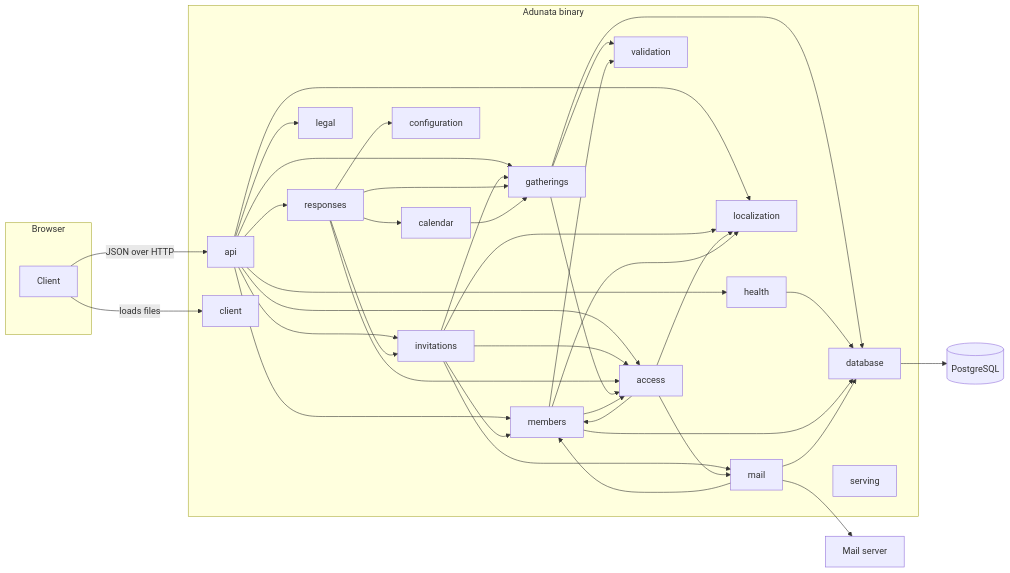
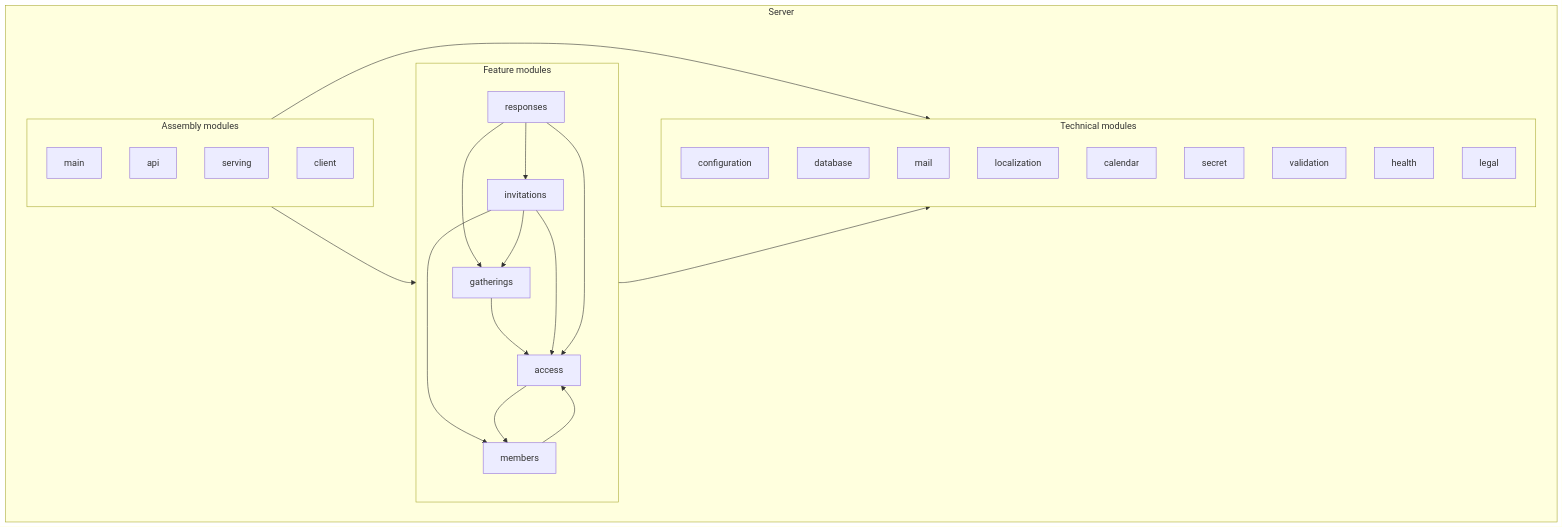
One commit to kammerchor-wernigerode/adunata changed the second of 3 diagrams in docs/arc42/05-building-block-view.md. Above: the diagram before and after it, drawn with Mermaid. The commit also changed other lines of this file and 8 other files, not shown here.

First line of the commit message:
Restructure architecture documentation

````diff
--- a/docs/arc42/05-building-block-view.md
+++ b/docs/arc42/05-building-block-view.md
@@ -7,60 +37,41 @@
 ```mermaid
-flowchart LR
-  subgraph browser[Browser]
-    client[Client]
+flowchart TB
+  subgraph serverBox[Server]
+    subgraph assembly[Assembly modules]
+      main[main]
+      api[api]
+      serving[serving]
+      clientModule[client]
+    end
+    subgraph features[Feature modules]
+      access[access]
+      members[members]
+      gatherings[gatherings]
+      invitations[invitations]
+      responses[responses]
+    end
+    subgraph technical[Technical modules]
+      configuration[configuration]
+      database[database]
+      mail[mail]
+      localization[localization]
+      calendar[calendar]
+      secret[secret]
+      validation[validation]
+      health[health]
+      legal[legal]
+    end
   end
-  subgraph binary[Adunata binary]
-    access[access]
-    api[api]
-    calendar[calendar]
-    clientModule[client]
-    configuration[configuration]
-    database[database]
-    gatherings[gatherings]
-    health[health]
-    invitations[invitations]
-    responses[responses]
-    legal[legal]
-    localization[localization]
-    mail[mail]
-    members[members]
-    serving[serving]
-    validation[validation]
-  end
-  client -- JSON over HTTP --> api
-  client -- loads files --> clientModule
-  api --> localization
-  api --> health
-  api --> legal
-  api --> members
-  api --> access
-  api --> gatherings
-  api --> invitations
-  api --> responses
-  invitations --> members
-  invitations --> gatherings
-  invitations --> mail
-  invitations --> localization
-  invitations --> access
+  assembly --> features
+  assembly --> technical
   responses --> invitations
   responses --> gatherings
+  invitations --> gatherings
+  invitations --> members
+  access --> members
+  members --> access
+  gatherings --> access
+  invitations --> access
   responses --> access
-  responses --> configuration
-  responses --> calendar
-  calendar --> gatherings
-  gatherings --> access
-  gatherings --> database
-  gatherings --> validation
-  access --> members
-  access --> mail
-  access --> localization
-  members --> access
-  health --> database
-  members --> database
-  members --> localization
-  members --> validation
-  mail --> members
-  mail --> database
-  database --> postgres[(PostgreSQL)]
-  mail --> smtp[Mail server]
+  features --> technical
 ```
````
